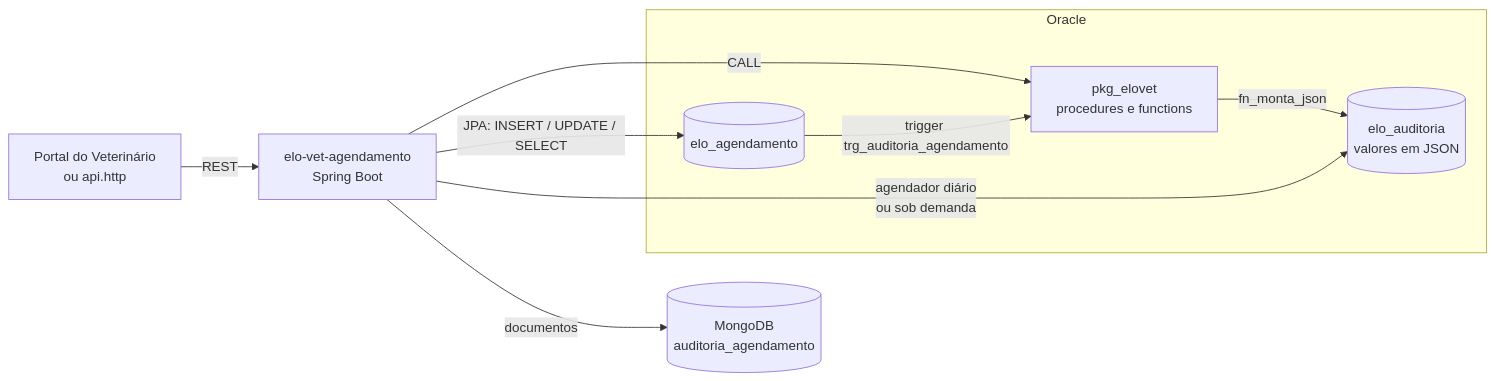
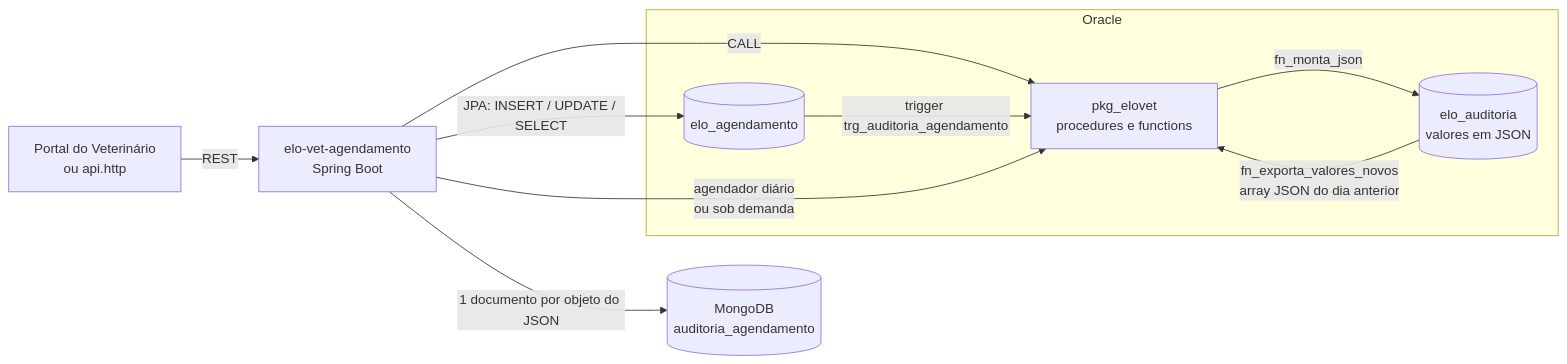
One commit to Challenge-2026-EloVet/elo-vet-agendamento changed the diagram in README.md. Above: the diagram before and after it, drawn with Mermaid. The commit also changed other lines of this file and 16 other files, not shown here.

Commit message:
feat: ajuste no corpo da collection auditoria_agendamento

````diff
--- a/README.md
+++ b/README.md
@@ -27,15 +27,16 @@
 ```mermaid
 flowchart LR
     C[Portal do Veterinário<br/>ou api.http] -->|REST| S[elo-vet-agendamento<br/>Spring Boot]
     S -->|JPA: INSERT / UPDATE / SELECT| A[(elo_agendamento)]
     S -->|CALL| P[pkg_elovet<br/>procedures e functions]
     A -->|trigger trg_auditoria_agendamento| P
     P -->|fn_monta_json| AU[(elo_auditoria<br/>valores em JSON)]
-    S -->|agendador diário<br/>ou sob demanda| AU
-    S -->|documentos| M[(MongoDB<br/>auditoria_agendamento)]
+    AU -->|fn_exporta_valores_novos<br/>array JSON do dia anterior| P
+    S -->|agendador diário<br/>ou sob demanda| P
+    S -->|1 documento por objeto do JSON| M[(MongoDB<br/>auditoria_agendamento)]
     subgraph Oracle
         A
         P
         AU
     end
 ```
````
